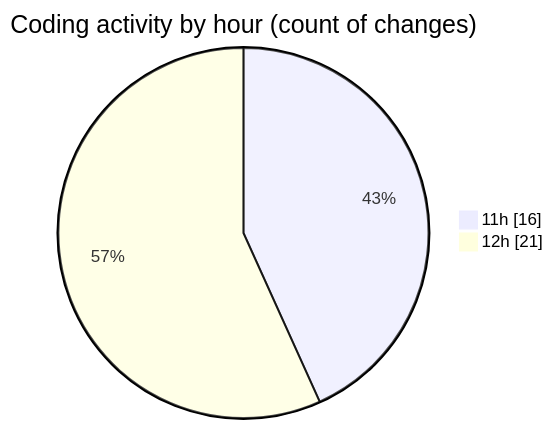
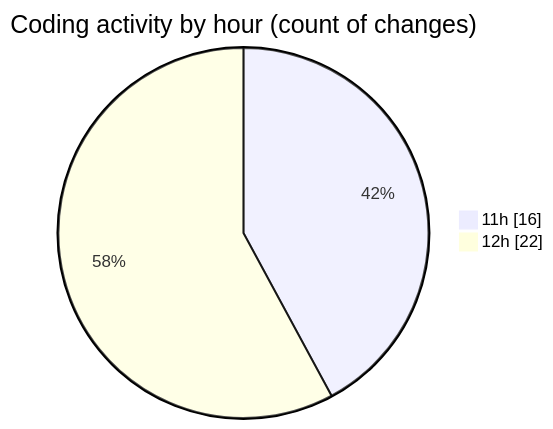
One commit to donsfak/code-tracking changed the second of 2 diagrams in 2025-03-25/wordle/README.md. Above: the diagram before and after it, drawn with Mermaid. The commit also changed other lines of this file and 1 other file, not shown here.

````diff
--- a/2025-03-25/wordle/README.md
+++ b/2025-03-25/wordle/README.md
@@ -34,6 +34,6 @@
 ```mermaid
 pie showData
 title Coding activity by hour (count of changes)
 "11h" : 16
-"12h" : 21
+"12h" : 22
 ```
````
